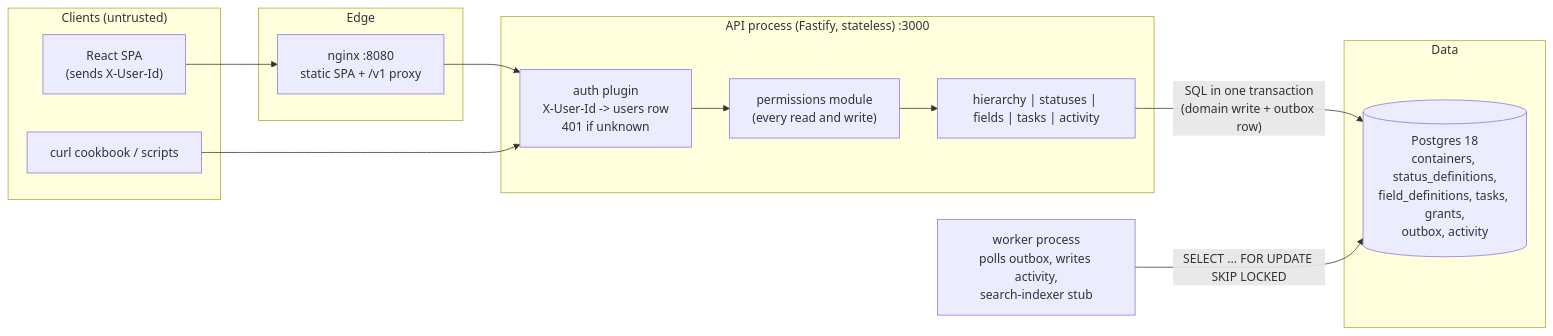
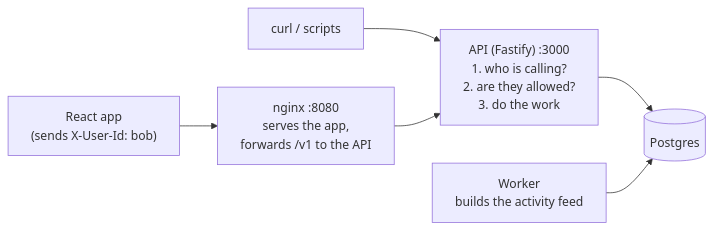
Before and after one commit to 17aim17/flowboard: the first of 2 diagrams in docs/DESIGN.md, drawn with Mermaid. The commit also changed other lines of this file, not shown here.

````diff
--- a/docs/DESIGN.md
+++ b/docs/DESIGN.md
@@ -29,29 +35,8 @@
 ```mermaid
 flowchart LR
-  subgraph Clients["Clients (untrusted)"]
-    Web["React SPA<br/>(sends X-User-Id)"]
-    Curl["curl cookbook / scripts"]
-  end
-
-  subgraph Edge
-    Nginx["nginx :8080<br/>static SPA + /v1 proxy"]
-  end
-
-  subgraph API["API process (Fastify, stateless) :3000"]
-    Auth["auth plugin<br/>X-User-Id -> users row<br/>401 if unknown"]
-    Perm["permissions module<br/>(every read and write)"]
-    Mods["hierarchy | statuses | fields | tasks | activity"]
-    Auth --> Perm --> Mods
-  end
-
-  subgraph Data
-    PG[("Postgres 18<br/>containers, status_definitions,<br/>field_definitions, tasks, grants,<br/>outbox, activity")]
-  end
-
-  Worker["worker process<br/>polls outbox, writes activity,<br/>search-indexer stub"]
-
-  Web --> Nginx --> Auth
-  Curl --> Auth
-  Mods -- "SQL in one transaction<br/>(domain write + outbox row)" --> PG
-  Worker -- "SELECT ... FOR UPDATE SKIP LOCKED" --> PG
+  Browser["React app<br/>(sends X-User-Id: bob)"] --> Nginx["nginx :8080<br/>serves the app,<br/>forwards /v1 to the API"]
+  Curl["curl / scripts"] --> API
+  Nginx --> API["API (Fastify) :3000<br/>1. who is calling?<br/>2. are they allowed?<br/>3. do the work"]
+  API --> DB[("Postgres")]
+  Worker["Worker<br/>builds the activity feed"] --> DB
 ```
````
